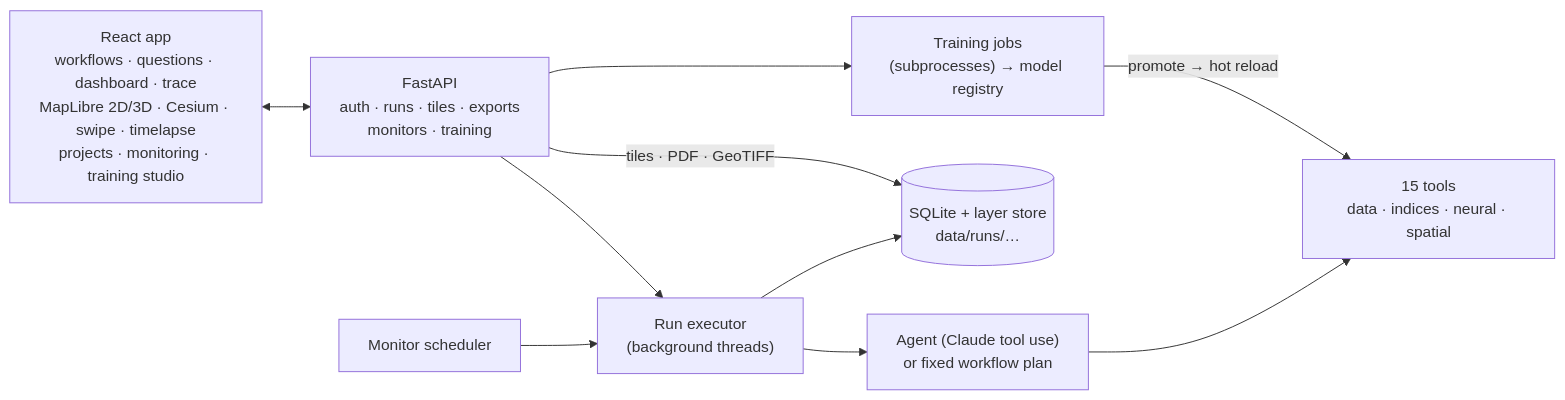
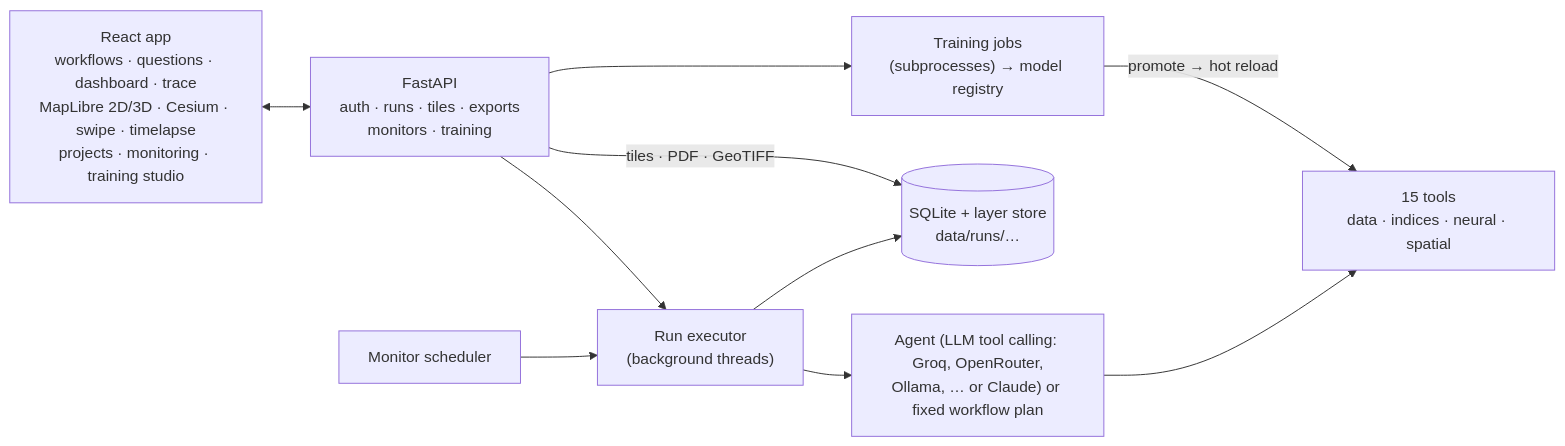
The diagram in README.md (koushik2456/Geo-vla), drawn with Mermaid before and after one commit. The commit also changed other lines of this file and 39 other files, not shown here.

First line of the commit message:
Open-model LLM providers, one-command training pipeline, NN analytics and 3D Studio

````diff
--- a/README.md
+++ b/README.md
@@ -154,16 +247,16 @@
 ```mermaid
 flowchart LR
     UI["React app<br/>workflows · questions · dashboard · trace<br/>MapLibre 2D/3D · Cesium · swipe · timelapse<br/>projects · monitoring · training studio"]
     API["FastAPI<br/>auth · runs · tiles · exports<br/>monitors · training"]
     RUN["Run executor<br/>(background threads)"]
-    AG["Agent (Claude tool use)<br/>or fixed workflow plan"]
+    AG["Agent (LLM tool calling: Groq, OpenRouter,<br/>Ollama, … or Claude) or fixed workflow plan"]
     T["15 tools<br/>data · indices · neural · spatial"]
     ST[("SQLite + layer store<br/>data/runs/…")]
     SCH["Monitor scheduler"]
     TR["Training jobs<br/>(subprocesses) → model registry"]
     UI <--> API --> RUN --> AG --> T
     RUN --> ST
     API -- "tiles · PDF · GeoTIFF" --> ST
     SCH --> RUN
     API --> TR -- "promote → hot reload" --> T
 ```
````
